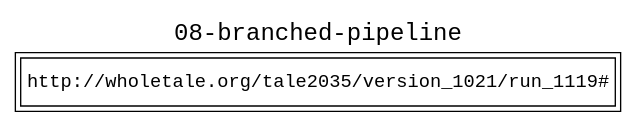
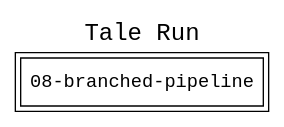
The diagram in examples/05-wt-run-examples/04-retrospective-graphs/outputs/GRAPH-3.gv (CIRSS/geist), drawn with Graphviz before and after one commit. The commit also changed 4 other files, not shown here.

```diff
--- a/examples/05-wt-run-examples/04-retrospective-graphs/outputs/GRAPH-3.gv
+++ b/examples/05-wt-run-examples/04-retrospective-graphs/outputs/GRAPH-3.gv
@@ -1,8 +1,8 @@
 # Run ID: http://wholetale.org/tale2035/version_1021/run_1119#
 digraph wt_run {
 rankdir=LR
 fontname=Courier; fontsize=18; labelloc=t
-label="08-branched-pipeline"
+label="Tale Run"
 node[shape=box style="filled" fillcolor="#FFFFFF" peripheries=2 fontname=Courier]
-"http://wholetale.org/tale2035/version_1021/run_1119#"
+"http://wholetale.org/tale2035/version_1021/run_1119#" [label="08-branched-pipeline"]
 }
```
